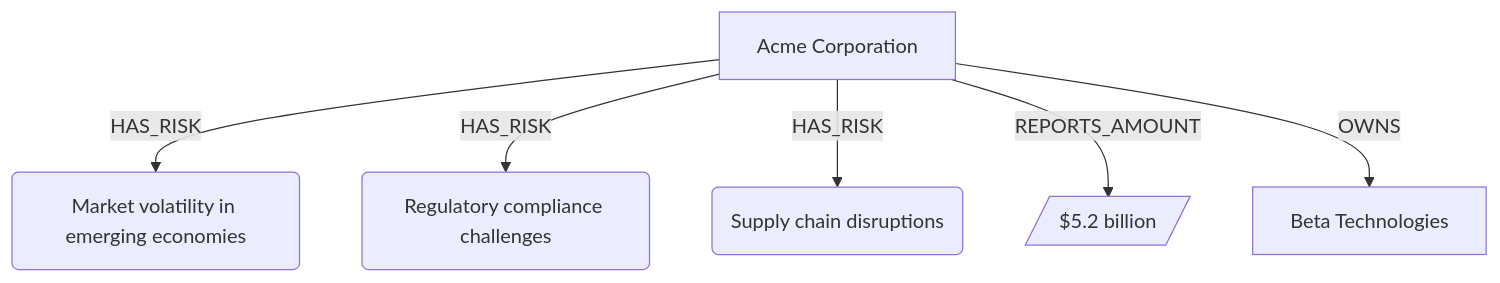
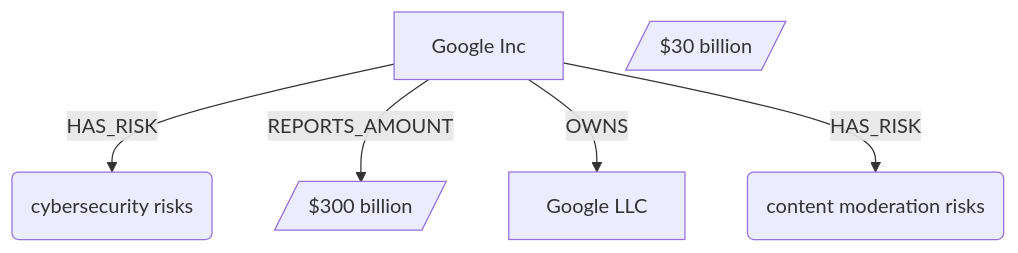
The diagram in visuals/graph.mmd (sanjaybharkatiya/financial-detective), drawn with Mermaid before and after one commit. The commit also changed 6 other files, not shown here.

First line of the commit message:
feat: Add HTML visualization for Mermaid diagrams

```diff
--- a/visuals/graph.mmd
+++ b/visuals/graph.mmd
@@ -1,16 +1,15 @@
 flowchart TD
 
     %% Node definitions
-    company_1["Acme Corporation"]
-    risk_1("Market volatility in emerging economies")
-    risk_2("Regulatory compliance challenges")
-    risk_3("Supply chain disruptions")
-    amount_1[/"$5.2 billion"/]
-    company_2["Beta Technologies"]
+    company_1["Google Inc"]
+    risk_1("cybersecurity risks")
+    amount_1[/"$300 billion"/]
+    company_2["Google LLC"]
+    risk_2("content moderation risks")
+    amount_2[/"$30 billion"/]
 
     %% Relationships
     company_1 -->|HAS_RISK| risk_1
-    company_1 -->|HAS_RISK| risk_2
-    company_1 -->|HAS_RISK| risk_3
     company_1 -->|REPORTS_AMOUNT| amount_1
     company_1 -->|OWNS| company_2
+    company_1 -->|HAS_RISK| risk_2
```
